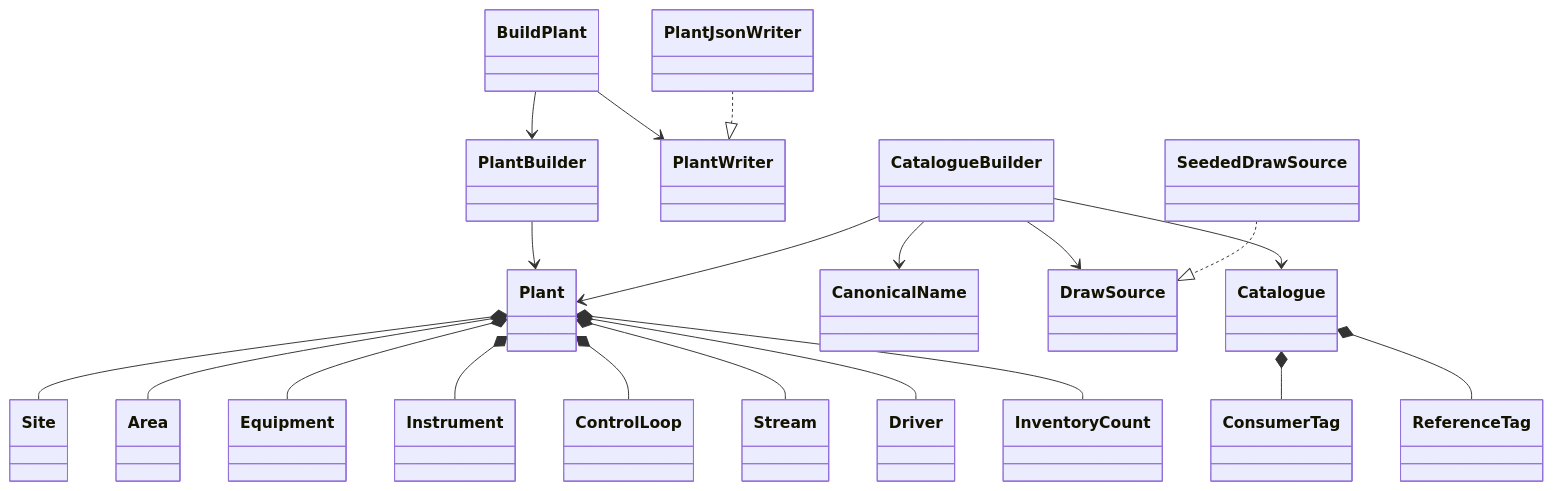
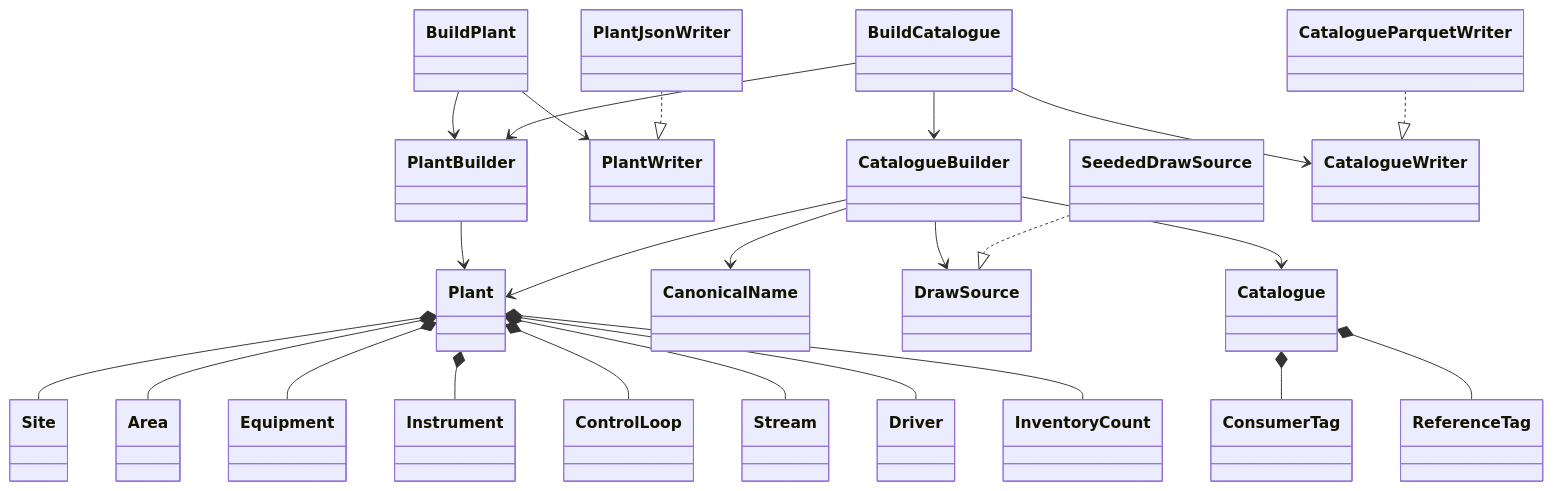
One commit to IAugustoMZ/orion_chemicals_data_platform changed the second of 2 diagrams in specs/004-plant-tag-catalogue/teaching-guide.md. Above: the diagram before and after it, drawn with Mermaid. The commit also changed other lines of this file and 11 other files, not shown here.

````diff
--- a/specs/004-plant-tag-catalogue/teaching-guide.md
+++ b/specs/004-plant-tag-catalogue/teaching-guide.md
@@ -66,22 +74,26 @@
 ```mermaid
 classDiagram
     BuildPlant --> PlantBuilder
     BuildPlant --> PlantWriter
     PlantJsonWriter ..|> PlantWriter
     PlantBuilder --> Plant
     Plant *-- Site
     Plant *-- Area
     Plant *-- Equipment
     Plant *-- Instrument
     Plant *-- ControlLoop
     Plant *-- Stream
     Plant *-- Driver
     Plant *-- InventoryCount
     CatalogueBuilder --> Plant
     CatalogueBuilder --> CanonicalName
     CatalogueBuilder --> DrawSource
     SeededDrawSource ..|> DrawSource
     CatalogueBuilder --> Catalogue
     Catalogue *-- ConsumerTag
     Catalogue *-- ReferenceTag
+    BuildCatalogue --> PlantBuilder
+    BuildCatalogue --> CatalogueBuilder
+    BuildCatalogue --> CatalogueWriter
+    CatalogueParquetWriter ..|> CatalogueWriter
 ```
````
